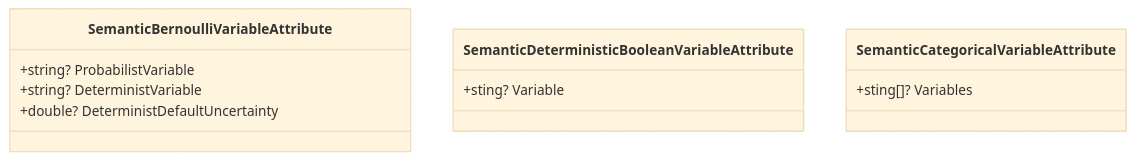
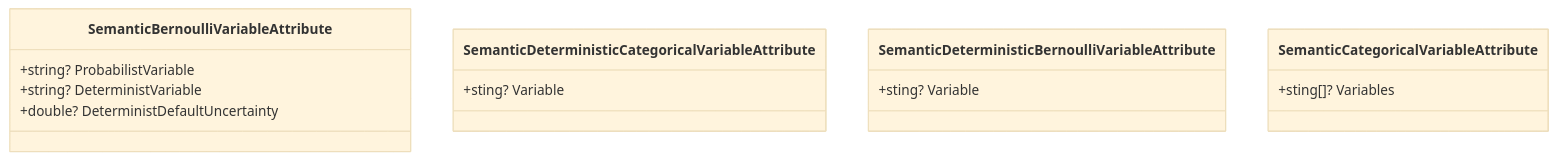
Before and after one commit to Open-Source-Drilling-Community/DotNetLibraries: the seventh of 10 diagrams in OSDC.DotnetLibraries.General/OSDC.DotnetLibraries.Drilling.DrillingProperties/readme.md, drawn with Mermaid (base theme). The commit also changed other lines of this file and 24 other files, not shown here.

````diff
--- a/OSDC.DotnetLibraries.General/OSDC.DotnetLibraries.Drilling.DrillingProperties/readme.md
+++ b/OSDC.DotnetLibraries.General/OSDC.DotnetLibraries.Drilling.DrillingProperties/readme.md
@@ -347,14 +363,17 @@
 ```mermaid
 classDiagram
    class SemanticBernoulliVariableAttribute {
         +string? ProbabilistVariable
         +string? DeterministVariable
         +double? DeterministDefaultUncertainty
    }
-   class SemanticDeterministicBooleanVariableAttribute {
+   class SemanticDeterministicCategoricalVariableAttribute {
+        +sting? Variable
+   }
+   class SemanticDeterministicBernoulliVariableAttribute {
         +sting? Variable
    }
    class SemanticCategoricalVariableAttribute {
         +sting[]? Variables
    }
 ```
````
